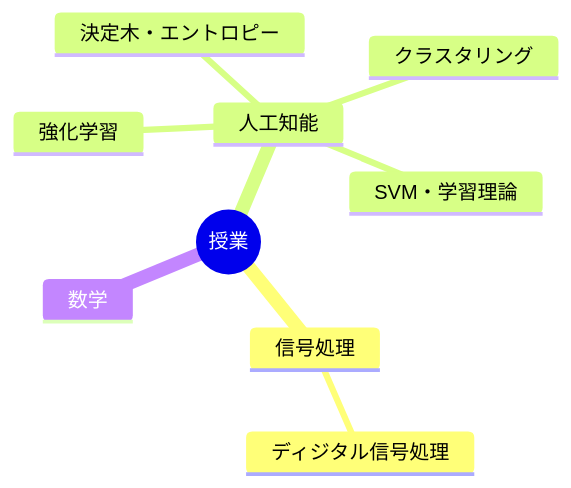
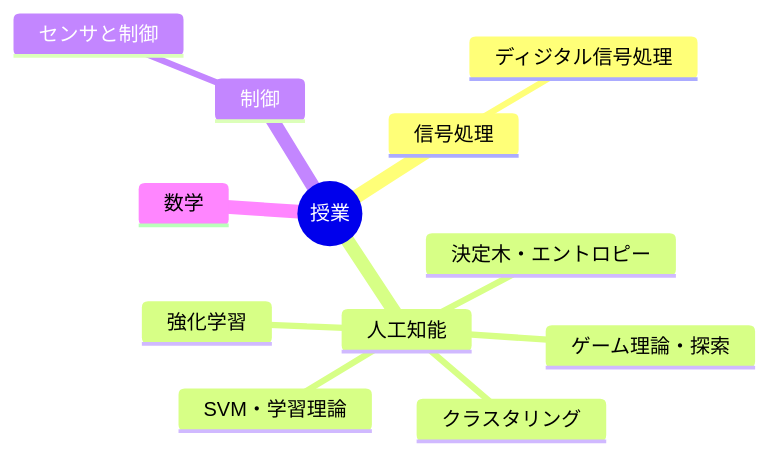
One commit to 97kuek/obsidian-vault changed the diagram in 20_Areas/授業/【MOC】授業.md. Above: the diagram before and after it, drawn with Mermaid. The commit also changed other lines of this file and 11 other files, not shown here.

````diff
--- a/20_Areas/授業/【MOC】授業.md
+++ b/20_Areas/授業/【MOC】授業.md
@@ -13,12 +13,15 @@
 ```mermaid
 mindmap
   root(("授業"))
     信号処理
       ディジタル信号処理
     人工知能
+      ゲーム理論・探索
       決定木・エントロピー
       強化学習
       クラスタリング
       SVM・学習理論
+    制御
+      センサと制御
     数学
 ```
````
